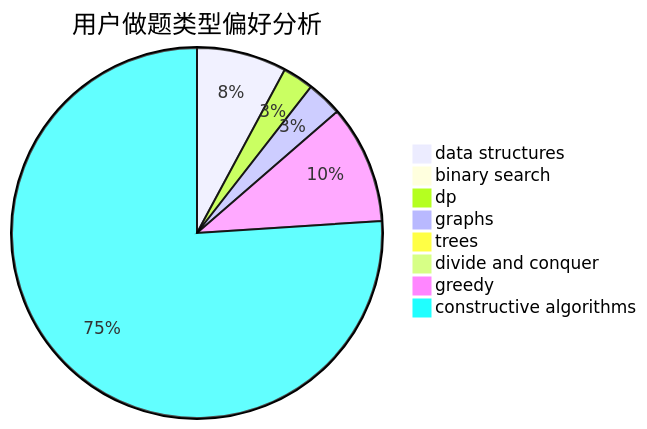
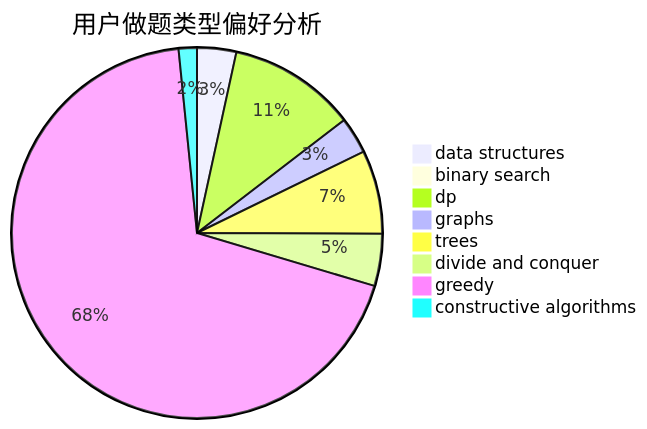
Before and after one commit to sherpahu/cfrs.github.io: the second of 3 diagrams in docs/user/u1752.md, drawn with Mermaid. The commit also changed other lines of this file and 2770 other files, not shown here.

````diff
--- a/docs/user/u1752.md
+++ b/docs/user/u1752.md
@@ -23,11 +23,11 @@
 ```mermaid
 pie title 用户做题类型偏好分析
-    "data structures" :  38
-    "binary search" :  4
-    "dp" :  13
-    "graphs" :  15
-    "trees" :  3
-    "divide and conquer" :  1
-    "greedy" :  50
-    "constructive algorithms" :  368
+    "data structures" :  15
+    "binary search" :  3
+    "dp" :  49
+    "graphs" :  14
+    "trees" :  32
+    "divide and conquer" :  20
+    "greedy" :  302
+    "constructive algorithms" :  7
 ```
````
